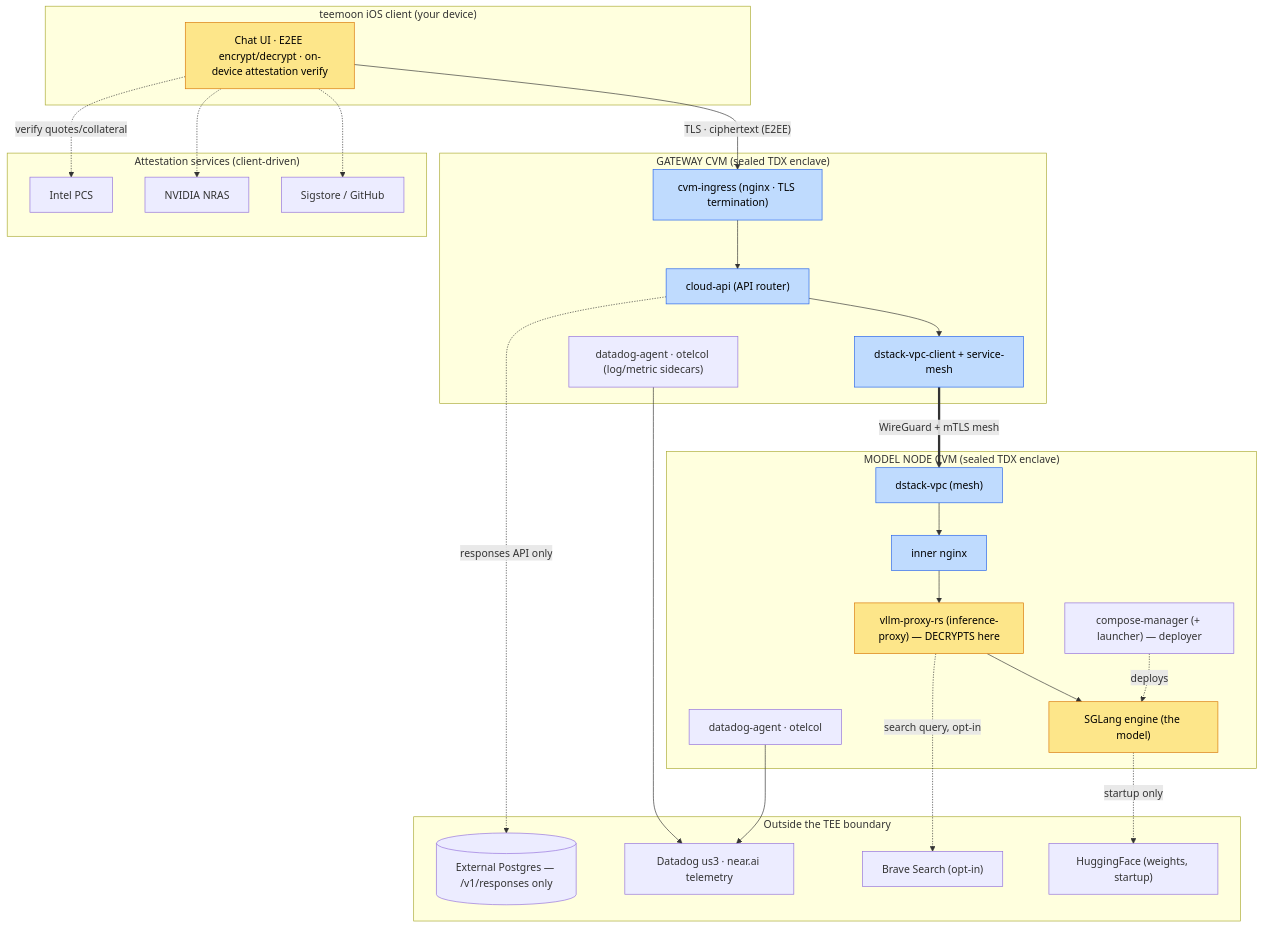
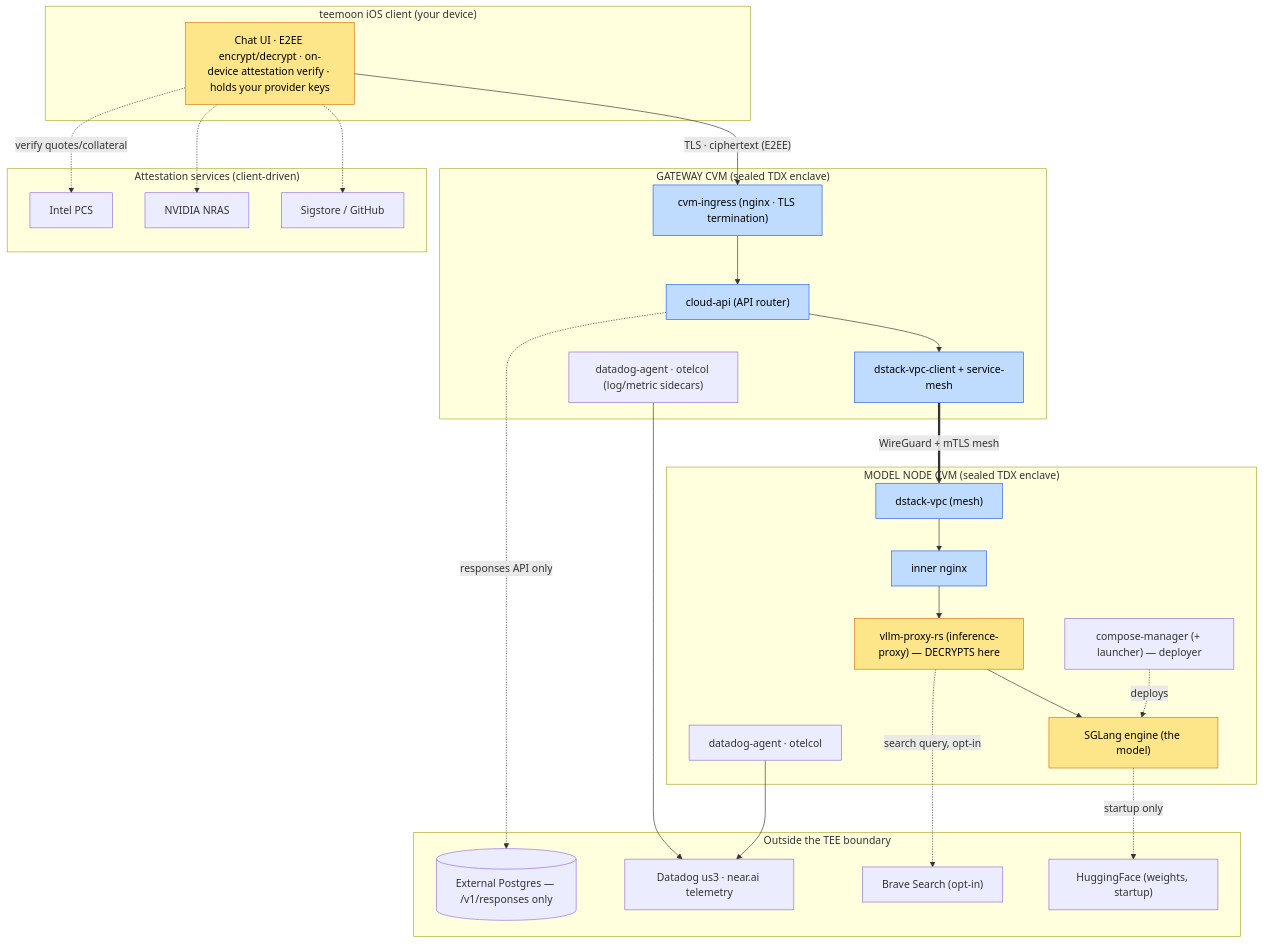
One commit to teemoonai/audits changed the diagram in notes/ARCHITECTURE.md. Above: the diagram before and after it, drawn with Mermaid. The commit also changed other lines of this file and 3 other files, not shown here.

First line of the commit message:
messaging: keys on the client everywhere the repo describes itself — SECURITY.md routes app defects (key or plaintext) to the client repo's private channel, the runbook gains the client-drift procedure, the server map says the device holds your keys, the entry note explains its frozen filename

````diff
--- a/notes/ARCHITECTURE.md
+++ b/notes/ARCHITECTURE.md
@@ -25,54 +25,54 @@
 ```mermaid
 flowchart TB
     subgraph client["teemoon iOS client (your device)"]
-        APP["Chat UI · E2EE encrypt/decrypt · on-device attestation verify"]
+        APP["Chat UI · E2EE encrypt/decrypt · on-device attestation verify · holds your provider keys"]
     end
 
     subgraph gw["GATEWAY CVM (sealed TDX enclave)"]
         ING["cvm-ingress (nginx · TLS termination)"]
         API["cloud-api (API router)"]
         VPCC["dstack-vpc-client + service-mesh"]
         DD1["datadog-agent · otelcol (log/metric sidecars)"]
         ING --> API --> VPCC
     end
 
     subgraph mn["MODEL NODE CVM (sealed TDX enclave)"]
         CM["compose-manager (+ launcher) — deployer"]
         PROXY["vllm-proxy-rs (inference-proxy) — DECRYPTS here"]
         NGX["inner nginx"]
         SGL["SGLang engine (the model)"]
         VPCS["dstack-vpc (mesh)"]
         DD2["datadog-agent · otelcol"]
         VPCS --> NGX --> PROXY --> SGL
         CM -.->|deploys| SGL
     end
 
     subgraph ext["Outside the TEE boundary"]
         PG[("External Postgres — /v1/responses only")]
         DDC["Datadog us3 · near.ai telemetry"]
         BRAVE["Brave Search (opt-in)"]
         HF["HuggingFace (weights, startup)"]
     end
 
     subgraph attest["Attestation services (client-driven)"]
         PCS["Intel PCS"]
         NRAS["NVIDIA NRAS"]
         SIG["Sigstore / GitHub"]
     end
 
     APP -->|"TLS · ciphertext (E2EE)"| ING
     VPCC ==>|"WireGuard + mTLS mesh"| VPCS
     API -.->|"responses API only"| PG
     DD1 --> DDC
     DD2 --> DDC
     SGL -.->|"startup only"| HF
     PROXY -.->|"search query, opt-in"| BRAVE
     APP -.->|"verify quotes/collateral"| PCS
     APP -.-> NRAS
     APP -.-> SIG
 
     classDef plaintext fill:#fde68a,stroke:#d97706,color:#000
     classDef ciphertext fill:#bfdbfe,stroke:#2563eb,color:#000
     class SGL,PROXY,APP plaintext
     class ING,API,VPCC,VPCS,NGX ciphertext
 ```
````
